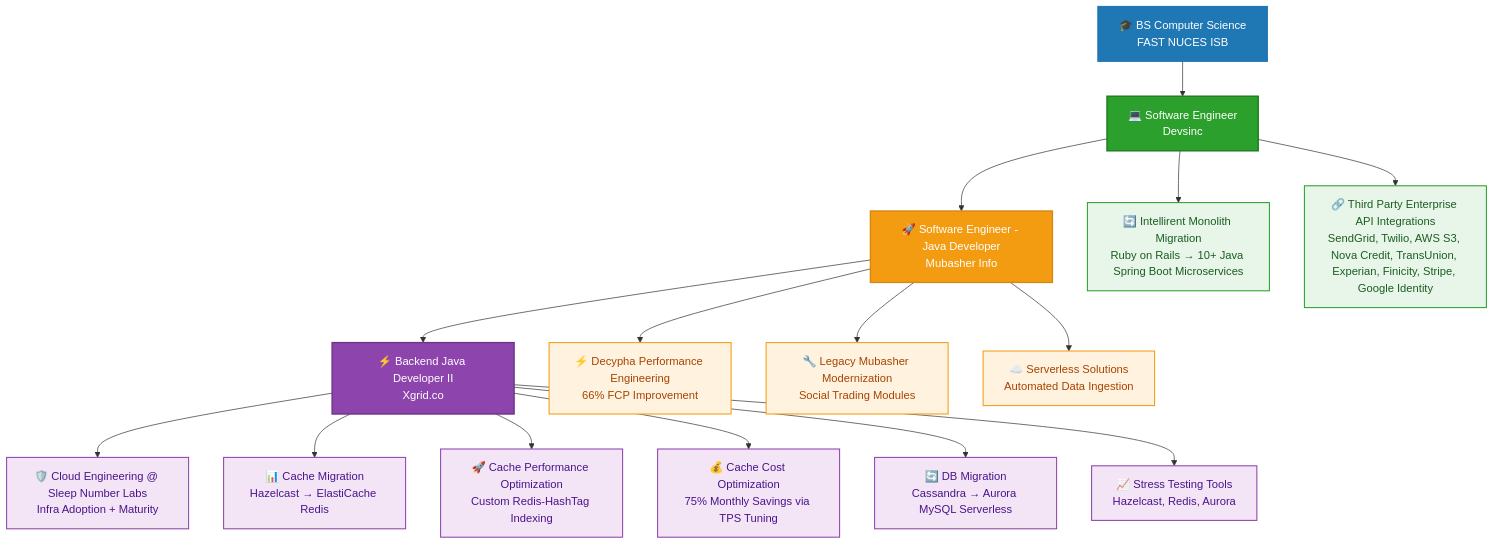
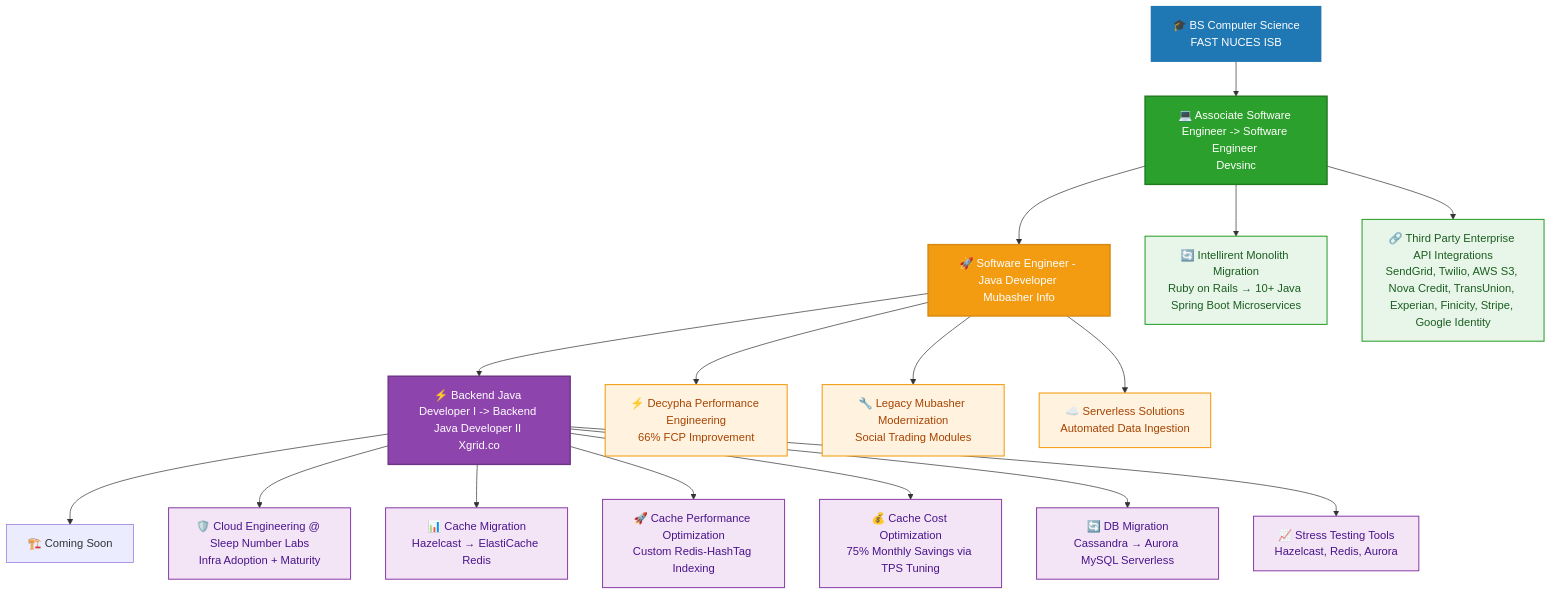
The diagram in README.md (khawaja-abdullah/khawaja-abdullah), drawn with Mermaid before and after one commit.

Commit message:
minor updates

````diff
--- a/README.md
+++ b/README.md
@@ -152,43 +152,44 @@
 ```mermaid
 flowchart TD
-    A[🎓 BS Computer Science<br/>FAST NUCES ISB] --> B[💻 Software Engineer<br/>Devsinc]
-    B --> C[🚀 Software Engineer - Java Developer<br/>Mubasher Info]
-    C --> D[⚡ Backend Java Developer II<br/>Xgrid.co]
+    A[🎓 BS Computer Science<br/>FAST NUCES ISB] --> B[💻 Associate Software Engineer -> Software Engineer <br/>Devsinc]
+    B --> C[🚀 Software Engineer - Java Developer <br/>Mubasher Info]
+    C --> D[⚡ Backend Java Developer I -> Backend Java Developer II <br/>Xgrid.co]
+    D --> E[🏗️ Coming Soon]
     
     B --> B1[🔄 Intellirent Monolith Migration<br/>Ruby on Rails → 10+ Java Spring Boot Microservices]
     B --> B2[🔗 Third Party Enterprise API Integrations<br/>SendGrid, Twilio, AWS S3, Nova Credit, TransUnion, Experian, Finicity, Stripe, Google Identity]
     
     C --> C1[⚡ Decypha Performance Engineering<br/>66% FCP Improvement]
     C --> C2[🔧 Legacy Mubasher Modernization<br/>Social Trading Modules]
     C --> C3[☁️ Serverless Solutions<br/>Automated Data Ingestion]
     
     D --> D1[🛡️ Cloud Engineering @ Sleep Number Labs<br/>Infra Adoption + Maturity]
     D --> D2[📊 Cache Migration<br/>Hazelcast → ElastiCache Redis]
     D --> D3[🚀 Cache Performance Optimization<br/>Custom Redis-HashTag Indexing]
     D --> D4[💰 Cache Cost Optimization<br/>75% Monthly Savings via TPS Tuning]
     D --> D5[🔄 DB Migration<br/>Cassandra → Aurora MySQL Serverless]
     D --> D6[📈 Stress Testing Tools<br/>Hazelcast, Redis, Aurora]
 
     %% Main Nodes
     style A fill:#1F77B4,stroke:#1F77B4,stroke-width:2px,color:#ffffff
     style B fill:#2CA02C,stroke:#1E7A1E,stroke-width:2px,color:#ffffff
     style C fill:#F39C12,stroke:#D68910,stroke-width:2px,color:#ffffff
     style D fill:#8E44AD,stroke:#6C3483,stroke-width:2px,color:#ffffff
 
     %% Devsinc Nodes
     style B1 fill:#E8F5E9,stroke:#2CA02C,stroke-width:1.5px,color:#1B5E20
     style B2 fill:#E8F5E9,stroke:#2CA02C,stroke-width:1.5px,color:#1B5E20
 
     %% Mubasher Nodes
     style C1 fill:#FFF3E0,stroke:#F39C12,stroke-width:1.5px,color:#A84300
     style C2 fill:#FFF3E0,stroke:#F39C12,stroke-width:1.5px,color:#A84300
     style C3 fill:#FFF3E0,stroke:#F39C12,stroke-width:1.5px,color:#A84300
 
     %% Xgrid Nodes
     style D1 fill:#F3E5F5,stroke:#8E44AD,stroke-width:1.5px,color:#4A148C
     style D2 fill:#F3E5F5,stroke:#8E44AD,stroke-width:1.5px,color:#4A148C
     style D3 fill:#F3E5F5,stroke:#8E44AD,stroke-width:1.5px,color:#4A148C
     style D4 fill:#F3E5F5,stroke:#8E44AD,stroke-width:1.5px,color:#4A148C
     style D5 fill:#F3E5F5,stroke:#8E44AD,stroke-width:1.5px,color:#4A148C
     style D6 fill:#F3E5F5,stroke:#8E44AD,stroke-width:1.5px,color:#4A148C
 ```
````
